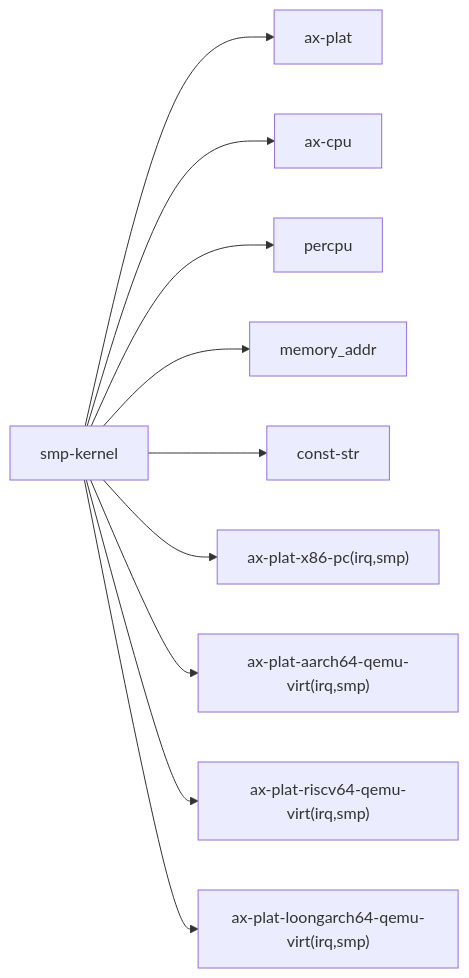
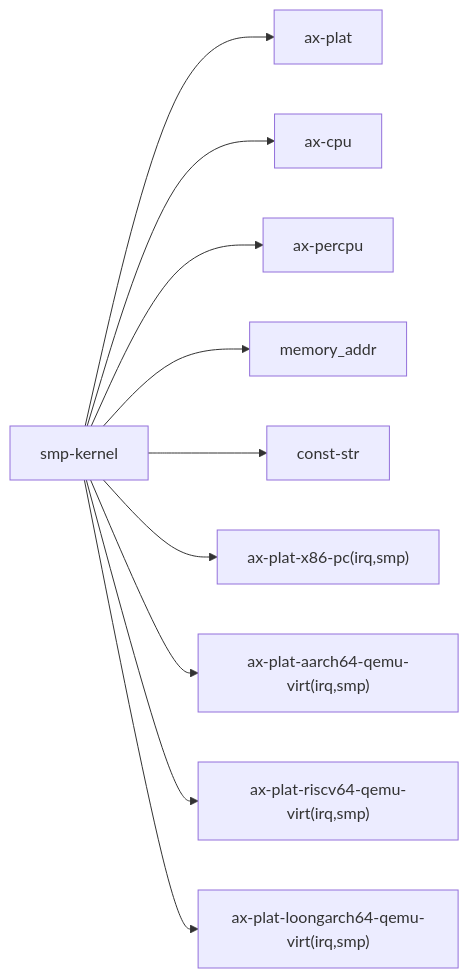
One commit to zKurisu/tgoskits changed the third of 3 diagrams in docs/crates/smp-kernel.md. Above: the diagram before and after it, drawn with Mermaid. The commit also changed other lines of this file and 71 other files, not shown here.

````diff
--- a/docs/crates/smp-kernel.md
+++ b/docs/crates/smp-kernel.md
@@ -98,12 +98,12 @@
 ```mermaid
 graph LR
     sample["smp-kernel"] --> axplat["ax-plat"]
     sample --> ax-cpu["ax-cpu"]
-    sample --> percpu["percpu"]
+    sample --> ax-percpu["ax-percpu"]
     sample --> memaddr["memory_addr"]
     sample --> conststr["const-str"]
     sample --> x86["ax-plat-x86-pc(irq,smp)"]
     sample --> a64["ax-plat-aarch64-qemu-virt(irq,smp)"]
     sample --> rv["ax-plat-riscv64-qemu-virt(irq,smp)"]
     sample --> loong["ax-plat-loongarch64-qemu-virt(irq,smp)"]
 ```
````
